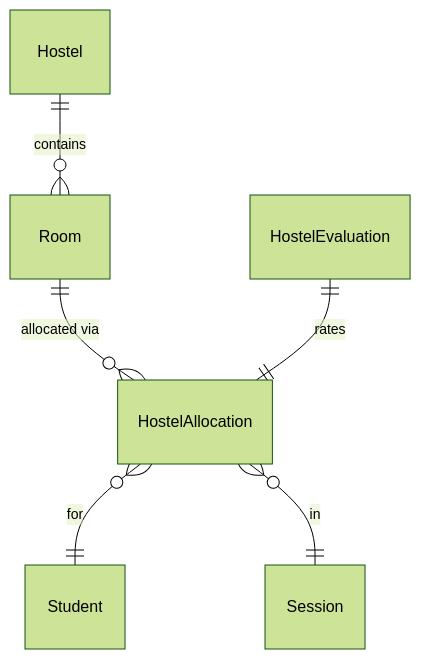
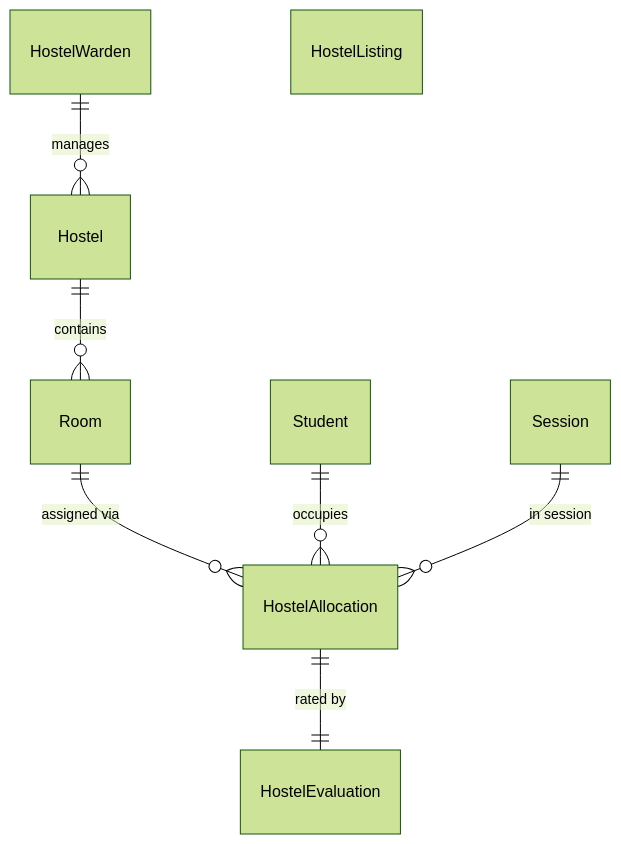
Diagram 12 of 17 in docs/er-diagram.md (thelaughingbett/Naet), drawn with Mermaid (forest theme) before and after one commit. The commit also changed other lines of this file and 14 other files, not shown here.

````diff
--- a/docs/er-diagram.md
+++ b/docs/er-diagram.md
@@ -99,8 +223,12 @@
 ```mermaid
 erDiagram
- Hostel ||--o{ Room : "contains"
-  Room ||--o{ HostelAllocation : "allocated via"
-  HostelAllocation }o--|| Student : "for"
-  HostelAllocation }o--|| Session : "in"
-  HostelEvaluation ||--|| HostelAllocation : "rates"
+  direction TB
+  Hostel ||--o{ Room : "contains"
+  Room ||--o{ HostelAllocation : "assigned via"
+  Student ||--o{ HostelAllocation : "occupies"
+  Session ||--o{ HostelAllocation : "in session"
+  HostelAllocation ||--|| HostelEvaluation : "rated by"
+  HostelWarden ||--o{ Hostel : "manages"
+
+  HostelListing
 ```
````
